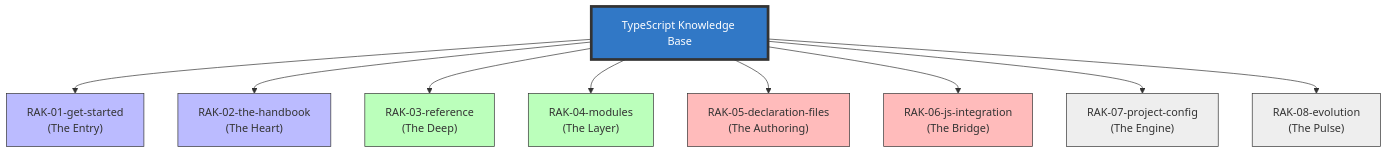
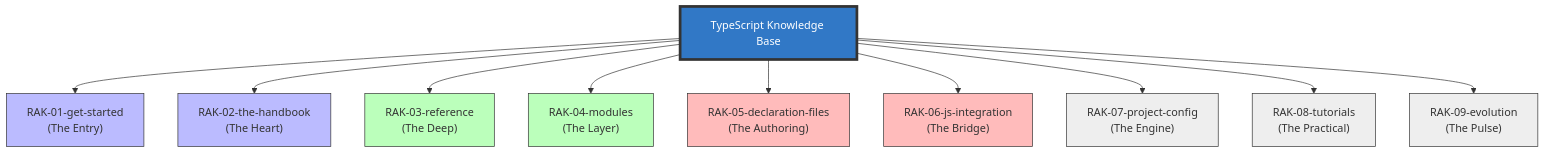
Before and after one commit to syahputrawork98-sketch/TypeScript-Knowledge-Base: the diagram in README.md, drawn with Mermaid. The commit also changed other lines of this file and 3 other files, not shown here.

````diff
--- a/README.md
+++ b/README.md
@@ -42,32 +42,35 @@
 ```mermaid
 graph TD
     Root["TypeScript Knowledge Base"]
     
     RAK01["RAK-01-get-started<br/>(The Entry)"]
     RAK02["RAK-02-the-handbook<br/>(The Heart)"]
     RAK03["RAK-03-reference<br/>(The Deep)"]
     RAK04["RAK-04-modules<br/>(The Layer)"]
     RAK05["RAK-05-declaration-files<br/>(The Authoring)"]
     RAK06["RAK-06-js-integration<br/>(The Bridge)"]
     RAK07["RAK-07-project-config<br/>(The Engine)"]
-    RAK08["RAK-08-evolution<br/>(The Pulse)"]
+    RAK08["RAK-08-tutorials<br/>(The Practical)"]
+    RAK09["RAK-09-evolution<br/>(The Pulse)"]
     
     Root --> RAK01
     Root --> RAK02
     Root --> RAK03
     Root --> RAK04
     Root --> RAK05
     Root --> RAK06
     Root --> RAK07
     Root --> RAK08
+    Root --> RAK09
     
     style Root fill:#3178C6,stroke:#333,stroke-width:4px,color:#fff
     style RAK01 fill:#bbf,stroke:#333
     style RAK02 fill:#bbf,stroke:#333
     style RAK03 fill:#bfb,stroke:#333
     style RAK04 fill:#bfb,stroke:#333
     style RAK05 fill:#fbb,stroke:#333
     style RAK06 fill:#fbb,stroke:#333
     style RAK07 fill:#eee,stroke:#333
     style RAK08 fill:#eee,stroke:#333
+    style RAK09 fill:#eee,stroke:#333
 ```
````
